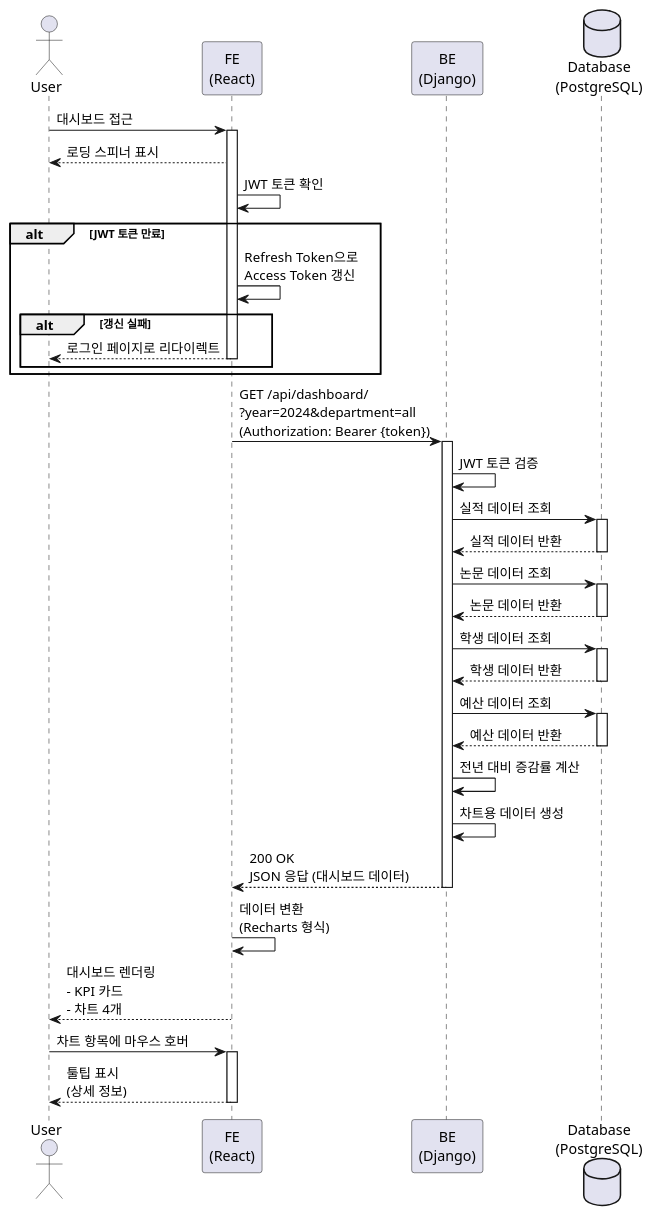
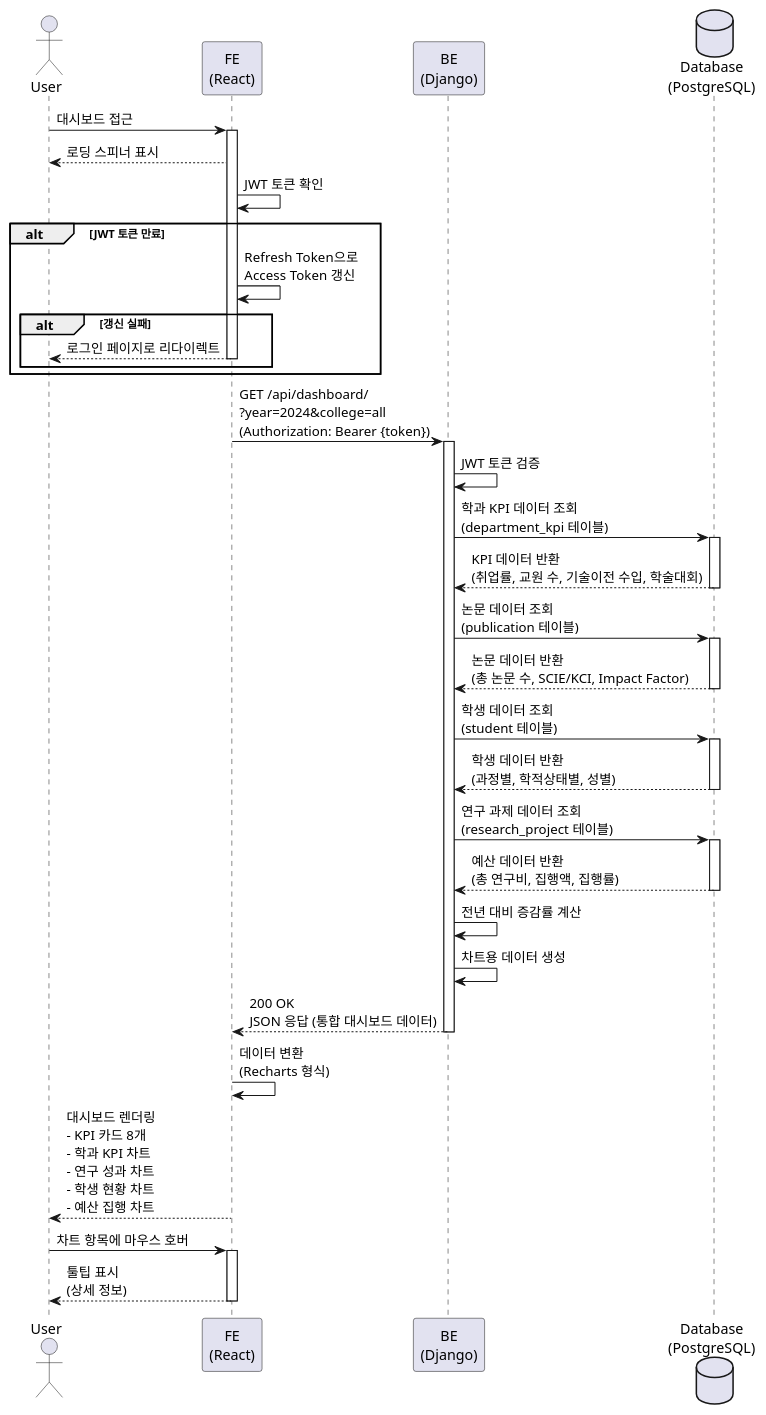
One commit to thermopower/final_mafia_challenge changed the diagram in docs/usecases/002/spec.md. Above: the diagram before and after it, drawn with PlantUML. The commit also changed other lines of this file and 101 other files, not shown here.

First line of the commit message:
전체 프로젝트 구현 완료 - Django + React + Supabase 대학 데이터 시각화 대시보드

````diff
--- a/docs/usecases/002/spec.md
+++ b/docs/usecases/002/spec.md
@@ -98,64 +138,64 @@
 ```plantuml
 @startuml
 actor User
 participant "FE\n(React)" as FE
 participant "BE\n(Django)" as BE
 database "Database\n(PostgreSQL)" as DB
 
 User -> FE: 대시보드 접근
 activate FE
 FE --> User: 로딩 스피너 표시
 
 FE -> FE: JWT 토큰 확인
 
 alt JWT 토큰 만료
     FE -> FE: Refresh Token으로\nAccess Token 갱신
     alt 갱신 실패
         FE --> User: 로그인 페이지로 리다이렉트
         deactivate FE
     end
 end
 
-FE -> BE: GET /api/dashboard/\n?year=2024&department=all\n(Authorization: Bearer {token})
+FE -> BE: GET /api/dashboard/\n?year=2024&college=all\n(Authorization: Bearer {token})
 activate BE
 
 BE -> BE: JWT 토큰 검증
 
-BE -> DB: 실적 데이터 조회
+BE -> DB: 학과 KPI 데이터 조회\n(department_kpi 테이블)
 activate DB
-DB --> BE: 실적 데이터 반환
+DB --> BE: KPI 데이터 반환\n(취업률, 교원 수, 기술이전 수입, 학술대회)
 deactivate DB
 
-BE -> DB: 논문 데이터 조회
+BE -> DB: 논문 데이터 조회\n(publication 테이블)
 activate DB
-DB --> BE: 논문 데이터 반환
+DB --> BE: 논문 데이터 반환\n(총 논문 수, SCIE/KCI, Impact Factor)
 deactivate DB
 
-BE -> DB: 학생 데이터 조회
+BE -> DB: 학생 데이터 조회\n(student 테이블)
 activate DB
-DB --> BE: 학생 데이터 반환
+DB --> BE: 학생 데이터 반환\n(과정별, 학적상태별, 성별)
 deactivate DB
 
-BE -> DB: 예산 데이터 조회
+BE -> DB: 연구 과제 데이터 조회\n(research_project 테이블)
 activate DB
-DB --> BE: 예산 데이터 반환
+DB --> BE: 예산 데이터 반환\n(총 연구비, 집행액, 집행률)
 deactivate DB
 
 BE -> BE: 전년 대비 증감률 계산
 BE -> BE: 차트용 데이터 생성
 
-BE --> FE: 200 OK\nJSON 응답 (대시보드 데이터)
+BE --> FE: 200 OK\nJSON 응답 (통합 대시보드 데이터)
 deactivate BE
 
 FE -> FE: 데이터 변환\n(Recharts 형식)
 
-FE --> User: 대시보드 렌더링\n- KPI 카드\n- 차트 4개
+FE --> User: 대시보드 렌더링\n- KPI 카드 8개\n- 학과 KPI 차트\n- 연구 성과 차트\n- 학생 현황 차트\n- 예산 집행 차트
 deactivate FE
 
 User -> FE: 차트 항목에 마우스 호버
 activate FE
 FE --> User: 툴팁 표시\n(상세 정보)
 deactivate FE
 
 @enduml
 ```
````
